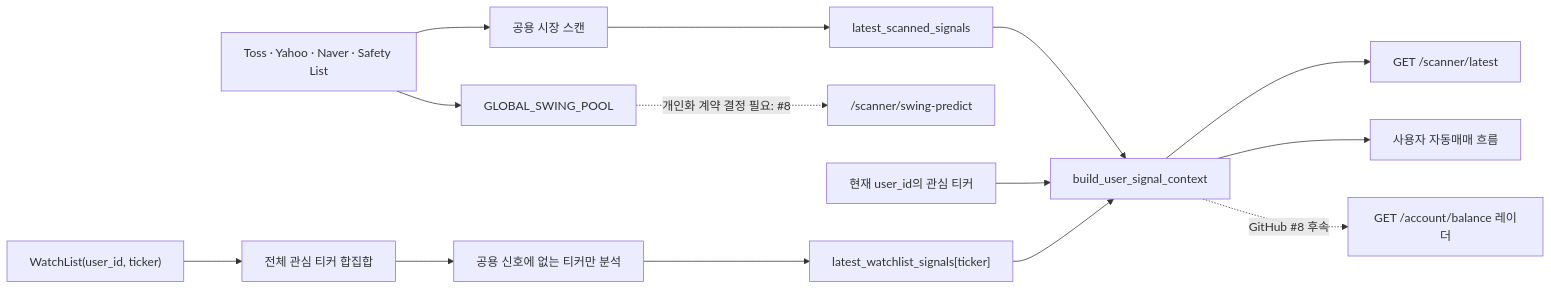
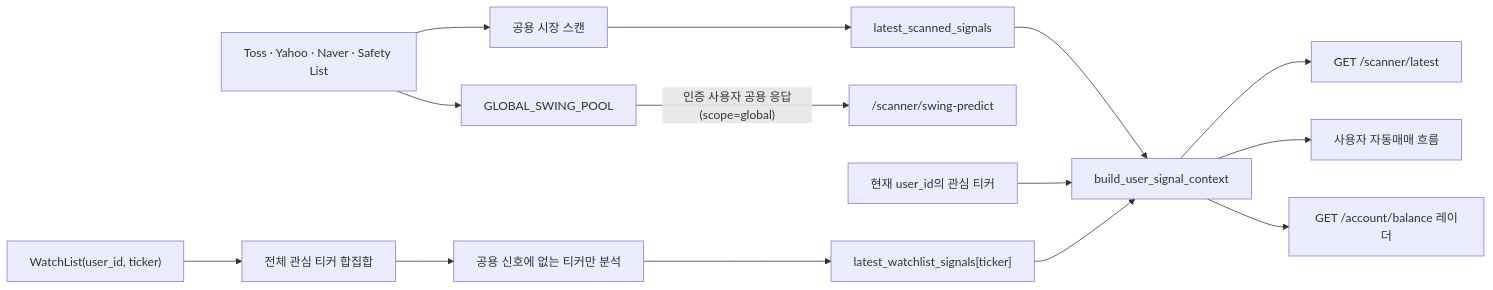
The diagram in docs/SCANNER_DATA_FLOW.md (CarpediemBDev/stockAuto), drawn with Mermaid before and after one commit. The commit also changed other lines of this file and 21 other files, not shown here.

````diff
--- a/docs/SCANNER_DATA_FLOW.md
+++ b/docs/SCANNER_DATA_FLOW.md
@@ -27,20 +27,20 @@
 ```mermaid
 flowchart LR
     PublicSources["Toss · Yahoo · Naver · Safety List"] --> MarketScan["공용 시장 스캔"]
     MarketScan --> MarketCache["latest_scanned_signals"]
 
     WatchDB["WatchList(user_id, ticker)"] --> WatchUnion["전체 관심 티커 합집합"]
     WatchUnion --> MissingOnly["공용 신호에 없는 티커만 분석"]
     MissingOnly --> WatchCache["latest_watchlist_signals[ticker]"]
 
     CurrentUser["현재 user_id의 관심 티커"] --> UserContext["build_user_signal_context"]
     MarketCache --> UserContext
     WatchCache --> UserContext
 
     UserContext --> LatestAPI["GET /scanner/latest"]
     UserContext --> TradingLoop["사용자 자동매매 흐름"]
-    UserContext -. "GitHub #8 후속" .-> AccountRadar["GET /account/balance 레이더"]
+    UserContext --> AccountRadar["GET /account/balance 레이더"]
 
     PublicSources --> SwingPool["GLOBAL_SWING_POOL"]
-    SwingPool -. "개인화 계약 결정 필요: #8" .-> SwingAPI["/scanner/swing-predict"]
+    SwingPool -->|"인증 사용자 공용 응답(scope=global)"| SwingAPI["/scanner/swing-predict"]
 ```
````
